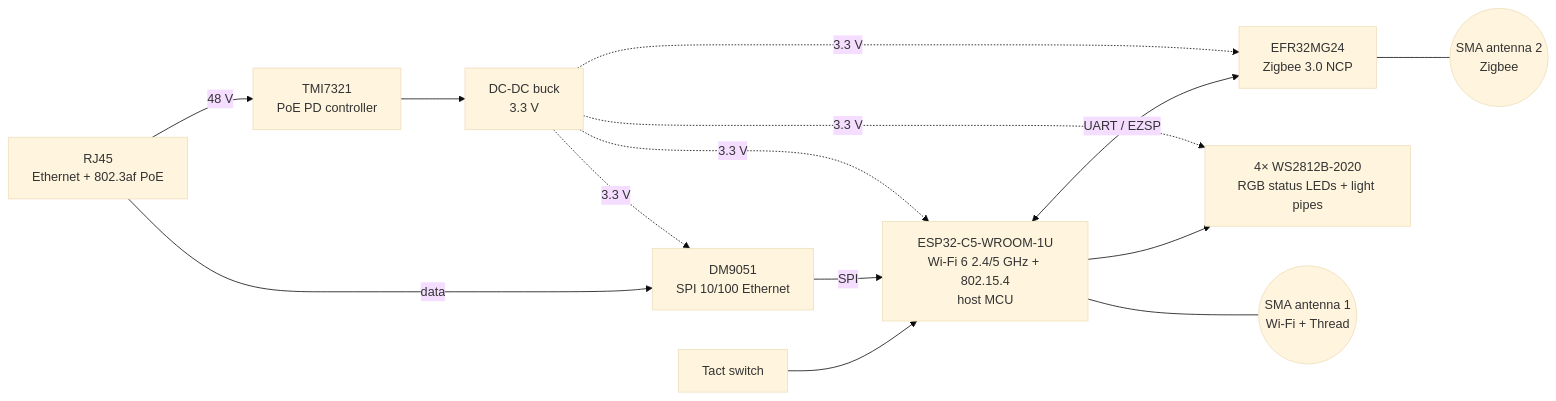
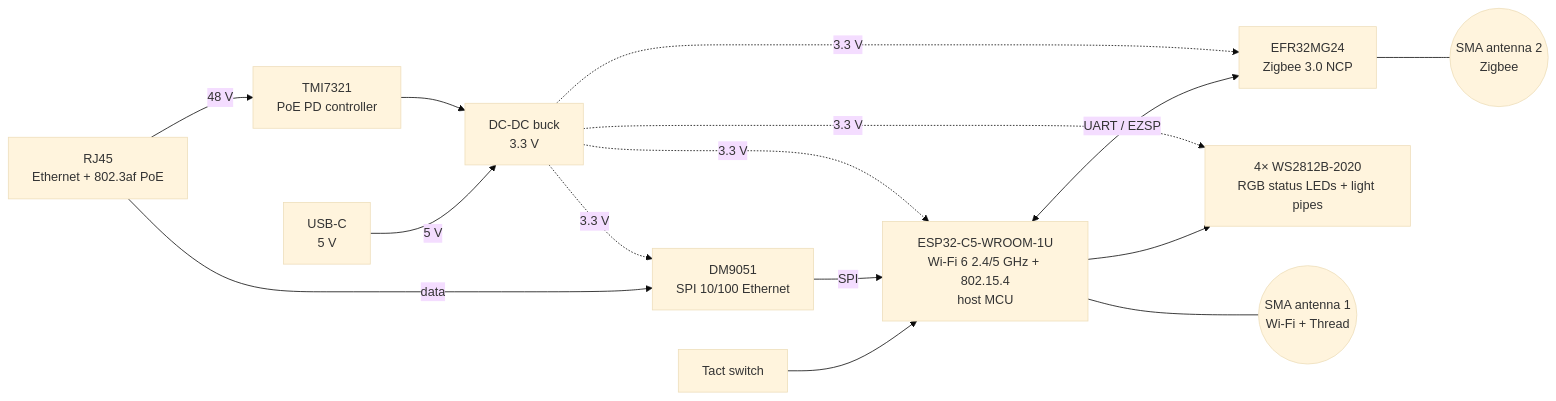
The diagram in README.md (bitEngineTech/bitengine-hub-hardware), drawn with Mermaid (base theme) before and after one commit. The commit also changed other lines of this file, not shown here.

Commit message:
Copyright bitEngine, Inc; USB-C power, LED roles

````diff
--- a/README.md
+++ b/README.md
@@ -15,22 +16,24 @@
 ```mermaid
 flowchart LR
     RJ45[RJ45<br/>Ethernet + 802.3af PoE]
     PD[TMI7321<br/>PoE PD controller]
+    USB[USB-C<br/>5 V]
     BUCK[DC-DC buck<br/>3.3 V]
     ETH[DM9051<br/>SPI 10/100 Ethernet]
     C5[ESP32-C5-WROOM-1U<br/>Wi-Fi 6 2.4/5 GHz + 802.15.4<br/>host MCU]
     MG24[EFR32MG24<br/>Zigbee 3.0 NCP]
     LED[4× WS2812B-2020<br/>RGB status LEDs + light pipes]
     BTN[Tact switch]
     ANT1((SMA antenna 1<br/>Wi-Fi + Thread))
     ANT2((SMA antenna 2<br/>Zigbee))
 
     RJ45 -- "48 V" --> PD --> BUCK
+    USB -- "5 V" --> BUCK
     BUCK -. "3.3 V" .-> C5 & MG24 & ETH & LED
     RJ45 -- "data" --> ETH -- "SPI" --> C5
     C5 <-- "UART / EZSP" --> MG24
     C5 --> LED
     BTN --> C5
     C5 --- ANT1
     MG24 --- ANT2
 ```
````
